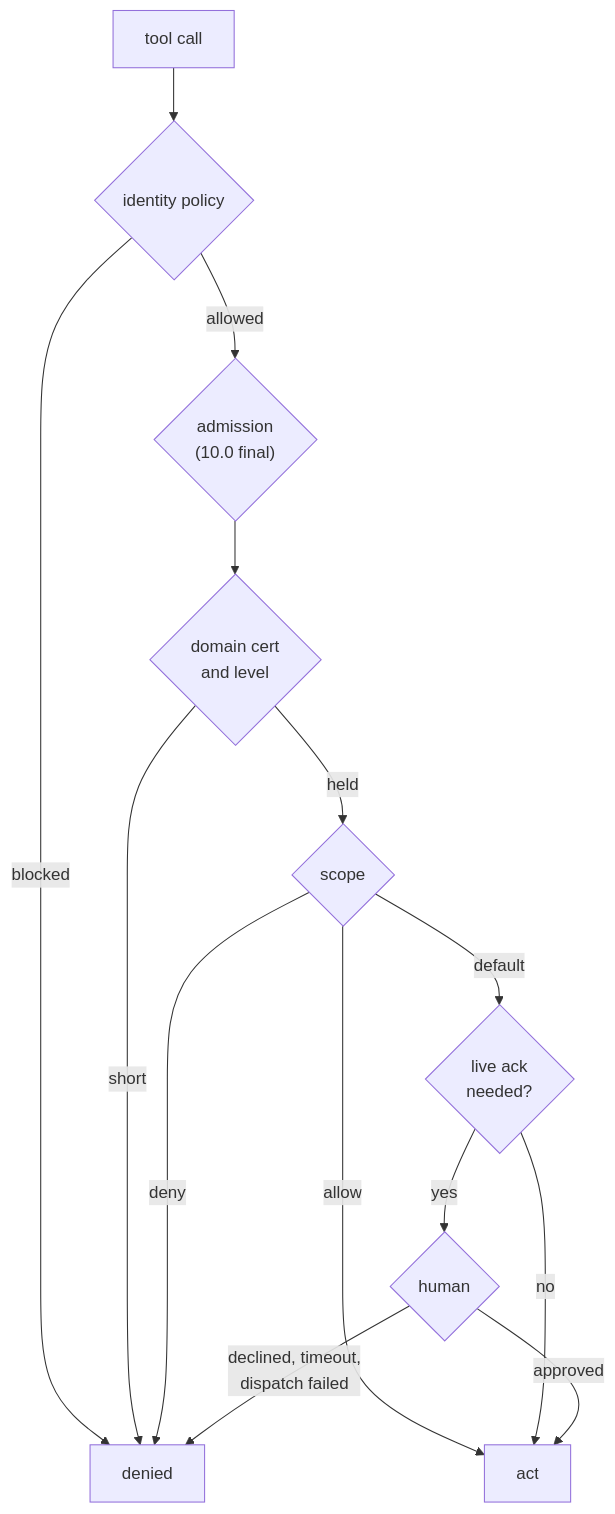
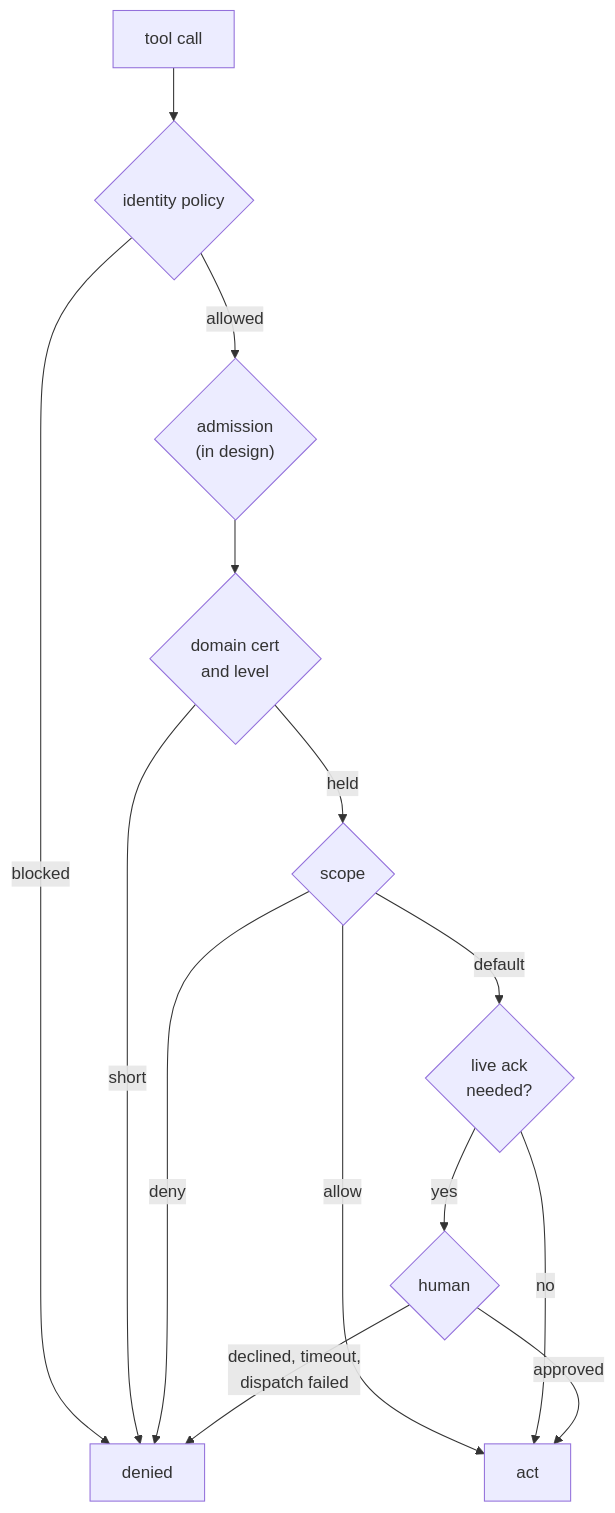
One commit to nathan-curtis/zenos-ai changed the diagram in zenos_ai/docs/architecture/20_the_authority_ladder.md. Above: the diagram before and after it, drawn with Mermaid. The commit also changed other lines of this file and 31 other files, not shown here.

````diff
--- a/zenos_ai/docs/architecture/20_the_authority_ladder.md
+++ b/zenos_ai/docs/architecture/20_the_authority_ladder.md
@@ -11,16 +11,16 @@
 ```mermaid
 flowchart TD
   C["tool call"] --> I{"identity policy"}
   I -- blocked --> X["denied"]
-  I -- allowed --> AD{"admission<br/>(10.0 final)"}
+  I -- allowed --> AD{"admission<br/>(in design)"}
   AD --> DC{"domain cert<br/>and level"}
   DC -- short --> X
   DC -- held --> S{"scope"}
   S -- deny --> X
   S -- allow --> GO["act"]
   S -- default --> L{"live ack<br/>needed?"}
   L -- no --> GO
   L -- yes --> H{"human"}
   H -- approved --> GO
   H -- "declined, timeout,<br/>dispatch failed" --> X
 ```
````
